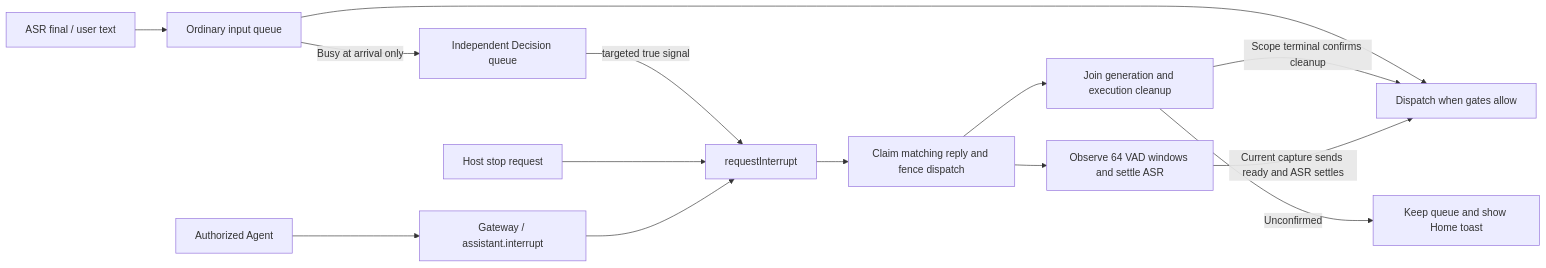
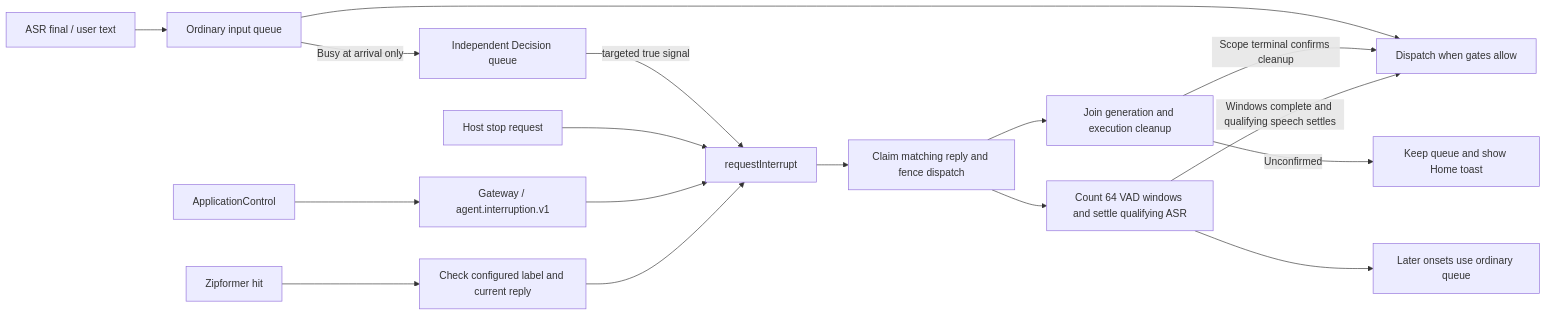
Before and after one commit to devilyouwei/MobileHarness: the third of 3 diagrams in MobileHarness/Agents/Assistant/README.md, drawn with Mermaid. The commit also changed other lines of this file and 79 other files, not shown here.

Commit message:
Decouple speech perception and bound interruption buffering

````diff
--- a/MobileHarness/Agents/Assistant/README.md
+++ b/MobileHarness/Agents/Assistant/README.md
@@ -229,16 +229,19 @@
 ```mermaid
 flowchart LR
  Text[ASR final / user text] --> Queue[Ordinary input queue]
  Queue --> Dispatch[Dispatch when gates allow]
  Queue -->|Busy at arrival only| Decision[Independent Decision queue]
  Decision -->|targeted true signal| Entry[requestInterrupt]
  Host[Host stop request] --> Entry
- Peer[Authorized Agent] --> Gateway[Gateway / assistant.interrupt]
+ Peer[ApplicationControl] --> Gateway[Gateway / agent.interruption.v1]
  Gateway --> Entry
+ Keyword[Zipformer hit] --> Labels[Check configured label and current reply]
+ Labels --> Entry
  Entry --> Claim[Claim matching reply and fence dispatch]
  Claim --> Cleanup[Join generation and execution cleanup]
- Claim --> Observe[Observe 64 VAD windows and settle ASR]
+ Claim --> Observe[Count 64 VAD windows and settle qualifying ASR]
+ Observe --> Late[Later onsets use ordinary queue]
  Cleanup -->|Scope terminal confirms cleanup| Dispatch
- Observe -->|Current capture sends ready and ASR settles| Dispatch
+ Observe -->|Windows complete and qualifying speech settles| Dispatch
  Cleanup -->|Unconfirmed| Hold[Keep queue and show Home toast]
 ```
````
